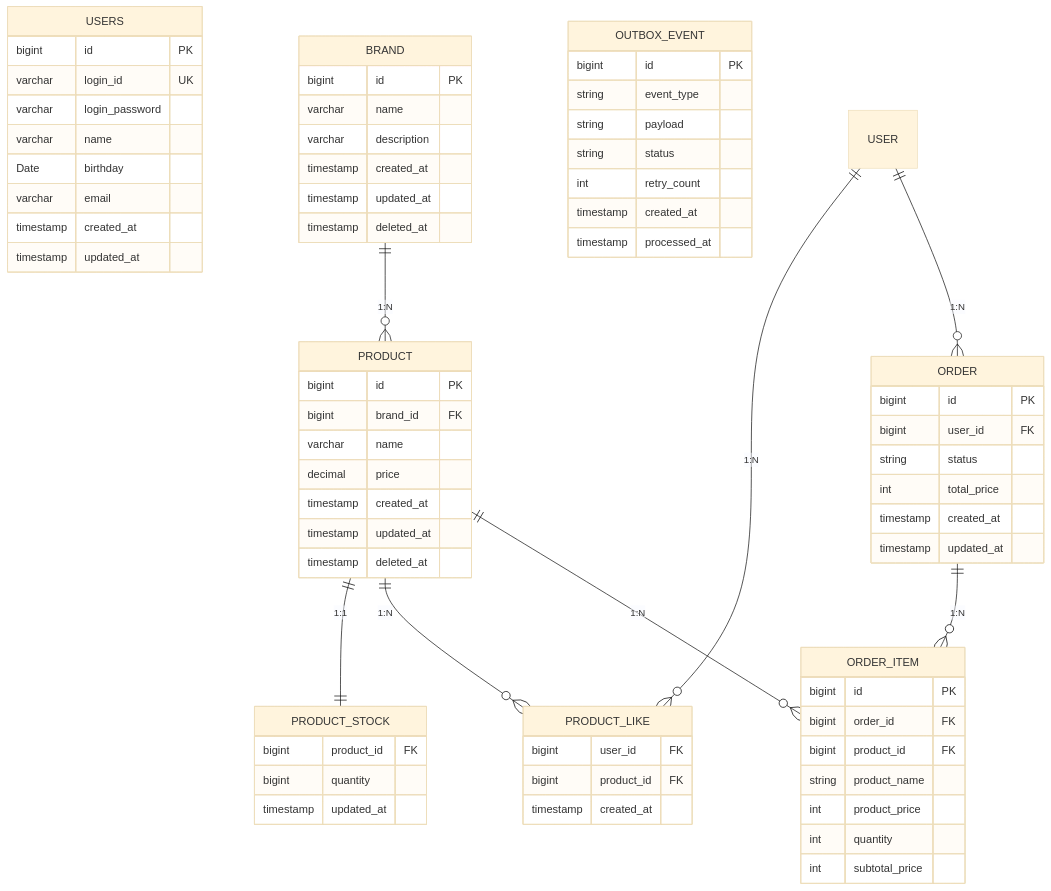
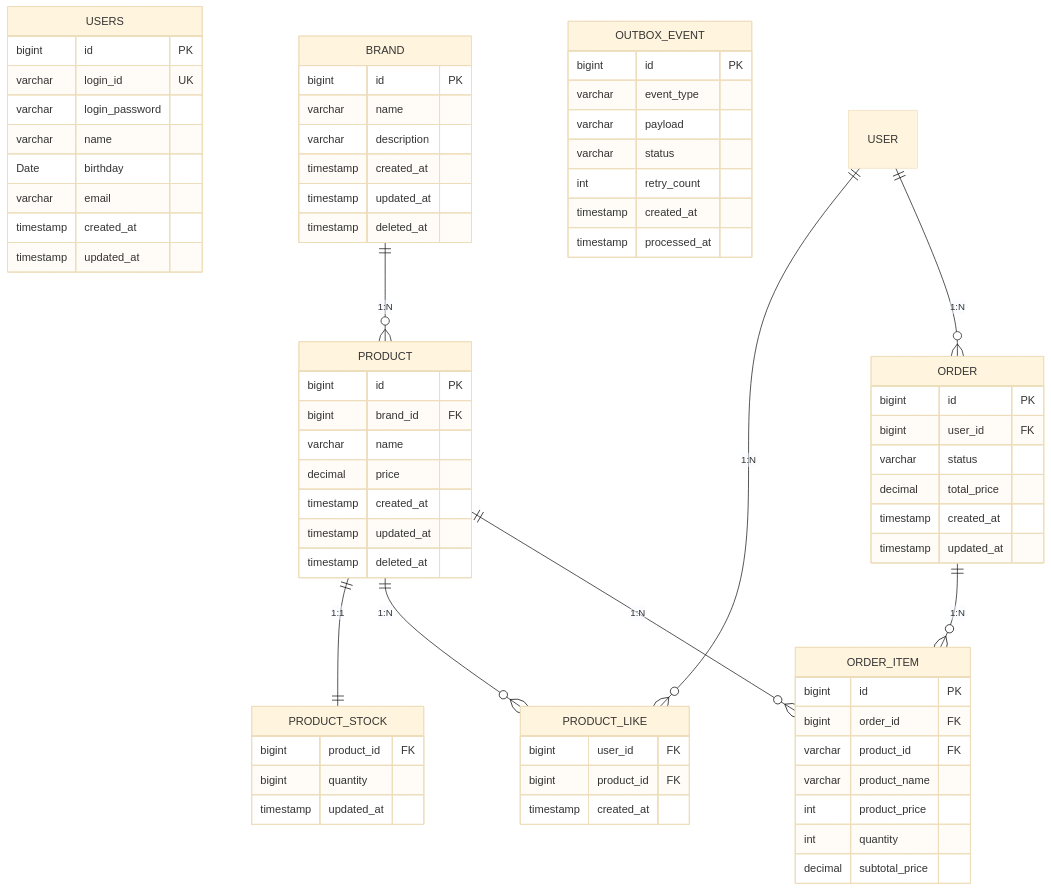
Before and after one commit to loopers-labs/loop-pack-be-l2-vol4-java: the diagram in docs/design/04-erd.md, drawn with Mermaid (base theme). The commit also changed other lines of this file, not shown here.

Commit message:
docs: ERD 수정, 인덱스 제안 추가

````diff
--- a/docs/design/04-erd.md
+++ b/docs/design/04-erd.md
@@ -1,81 +1,81 @@
 ```mermaid
 erDiagram
   USERS {
     bigint id PK
     varchar login_id UK
     varchar login_password
     varchar name
     Date birthday
     varchar email
     timestamp created_at
     timestamp updated_at
   }
 
   BRAND {
     bigint id PK
     varchar name
     varchar description
     timestamp created_at
     timestamp updated_at
     timestamp deleted_at
   }
 
   PRODUCT {
     bigint id PK
     bigint brand_id FK
     varchar name
     decimal price
     timestamp created_at
     timestamp updated_at
     timestamp deleted_at
   }
 
   PRODUCT_STOCK {
     bigint product_id FK
     bigint quantity
     timestamp updated_at
   }
 
   PRODUCT_LIKE {
     bigint user_id FK
     bigint product_id FK
     timestamp created_at
   }
 
   ORDER {
     bigint id PK
     bigint user_id FK
-    string status
-    int total_price
+    varchar status
+    decimal total_price
     timestamp created_at
     timestamp updated_at
   }
 
   ORDER_ITEM {
     bigint id PK
     bigint order_id FK
-    bigint product_id FK
-    string product_name
+    varchar product_id FK
+    varchar product_name
     int product_price
     int quantity
-    int subtotal_price
+    decimal subtotal_price
   }
 
   OUTBOX_EVENT {
     bigint id PK
-    string event_type
-    string payload
-    string status
+    varchar event_type
+    varchar payload
+    varchar status
     int retry_count
     timestamp created_at
     timestamp processed_at
   }
 
   BRAND ||--o{ PRODUCT : "1:N"
 	PRODUCT ||--|| PRODUCT_STOCK : "1:1"
 	USER ||--o{ PRODUCT_LIKE : "1:N"
 	PRODUCT ||--o{ PRODUCT_LIKE : "1:N"
 	USER ||--o{ ORDER : "1:N"
 	ORDER ||--o{ ORDER_ITEM : "1:N"
 	PRODUCT ||--o{ ORDER_ITEM : "1:N"
 ```
````
